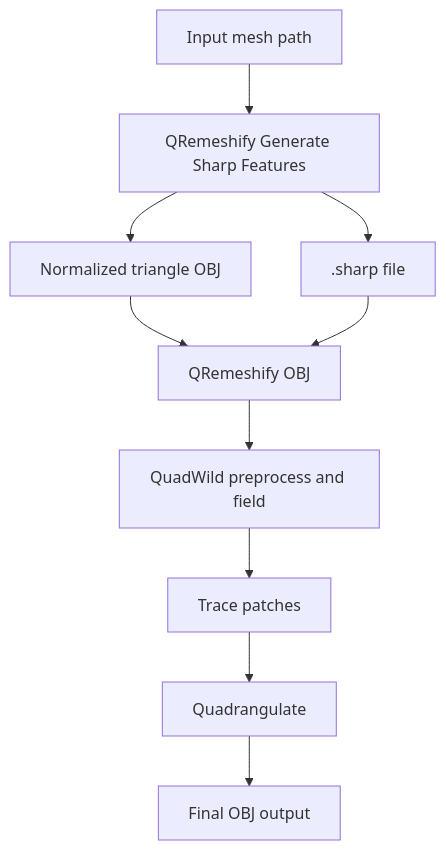
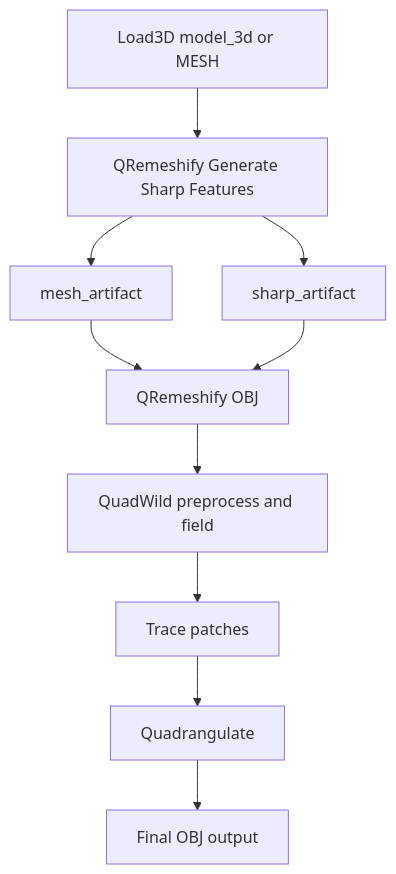
One commit to akashskypatel/ComfyUI-QRemeshify changed the diagram in README.md. Above: the diagram before and after it, drawn with Mermaid. The commit also changed other lines of this file and 3 other files, not shown here.

First line of the commit message:
feat(generate-sharp): support FILE_3D and MESH inputs

````diff
--- a/README.md
+++ b/README.md
@@ -186,12 +196,12 @@
 ```mermaid
 flowchart TD
-    A[Input mesh path] --> B[QRemeshify Generate Sharp Features]
-    B --> C[Normalized triangle OBJ]
-    B --> D[.sharp file]
+    A[Load3D model_3d or MESH] --> B[QRemeshify Generate Sharp Features]
+    B --> C[mesh_artifact]
+    B --> D[sharp_artifact]
     C --> E[QRemeshify OBJ]
     D --> E
     E --> F[QuadWild preprocess and field]
     F --> G[Trace patches]
     G --> H[Quadrangulate]
     H --> I[Final OBJ output]
 ```
````
